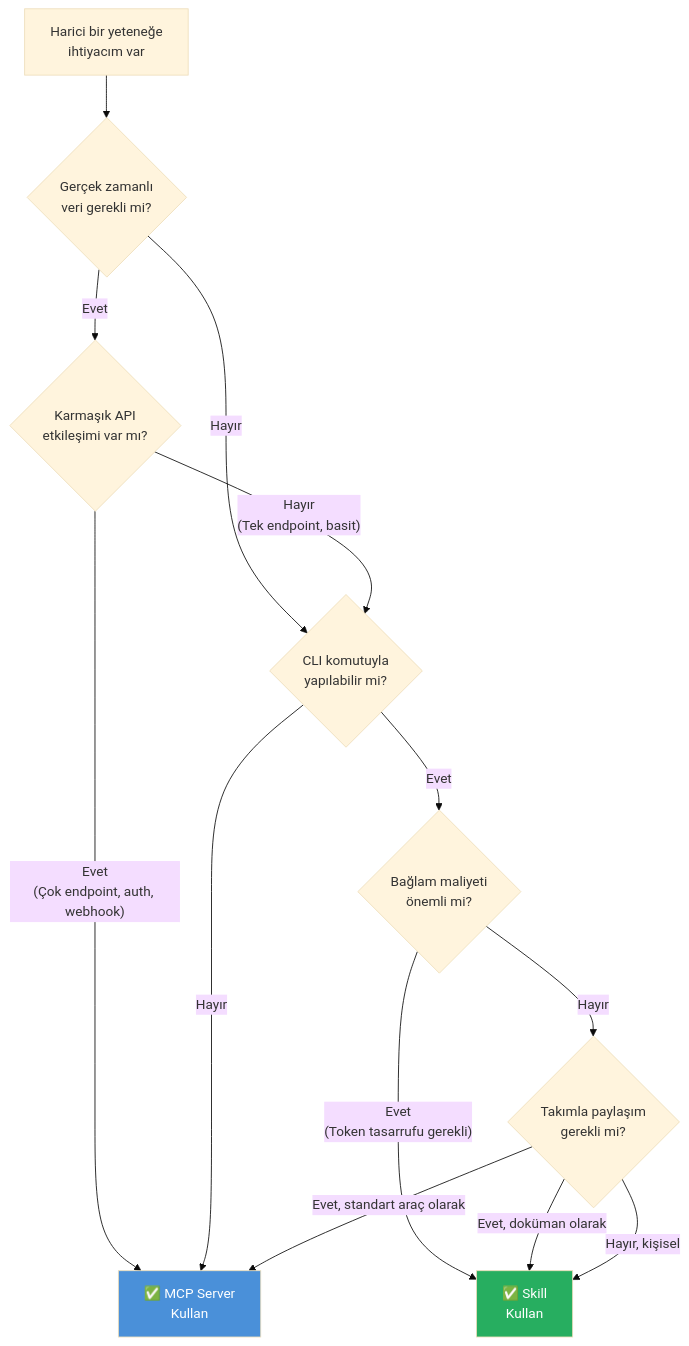
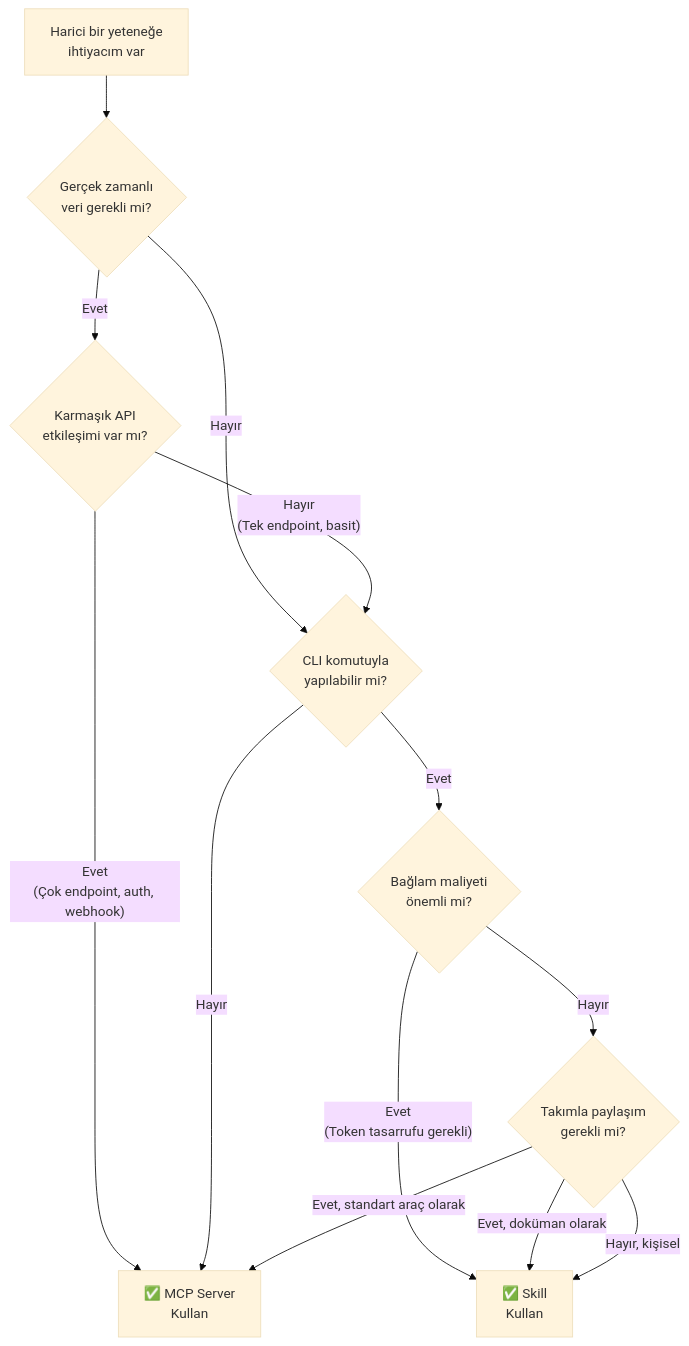
One commit to IzzetYasinAtes/ClaudeCodeHandbook changed the second of 3 diagrams in 11-mcp/05-mcp-vs-skills-ne-zaman-hangisi.md. Above: the diagram before and after it, drawn with Mermaid (base theme). The commit also changed other lines of this file and 97 other files, not shown here.

Commit message:
Remove all custom Mermaid style/fill colors from 98 markdown files for consistent dark theme rendering

````diff
--- a/11-mcp/05-mcp-vs-skills-ne-zaman-hangisi.md
+++ b/11-mcp/05-mcp-vs-skills-ne-zaman-hangisi.md
@@ -62,23 +60,21 @@
 ```mermaid
 flowchart TD
     START["Harici bir yeteneğe<br/>ihtiyacım var"] --> Q1{"Gerçek zamanlı<br/>veri gerekli mi?"}
 
     Q1 -->|"Evet"| Q2{"Karmaşık API<br/>etkileşimi var mı?"}
     Q1 -->|"Hayır"| Q3{"CLI komutuyla<br/>yapılabilir mi?"}
 
     Q2 -->|"Evet<br/>(Çok endpoint, auth, webhook)"| MCP["✅ MCP Server<br/>Kullan"]
     Q2 -->|"Hayır<br/>(Tek endpoint, basit)"| Q3
 
     Q3 -->|"Evet"| Q4{"Bağlam maliyeti<br/>önemli mi?"}
     Q3 -->|"Hayır"| MCP
 
     Q4 -->|"Evet<br/>(Token tasarrufu gerekli)"| SKILL["✅ Skill<br/>Kullan"]
     Q4 -->|"Hayır"| Q5{"Takımla paylaşım<br/>gerekli mi?"}
 
     Q5 -->|"Evet, standart araç olarak"| MCP
     Q5 -->|"Evet, doküman olarak"| SKILL
     Q5 -->|"Hayır, kişisel"| SKILL
 
-    style MCP fill:#4A90D9,color:#fff
-    style SKILL fill:#27AE60,color:#fff
 ```
````
